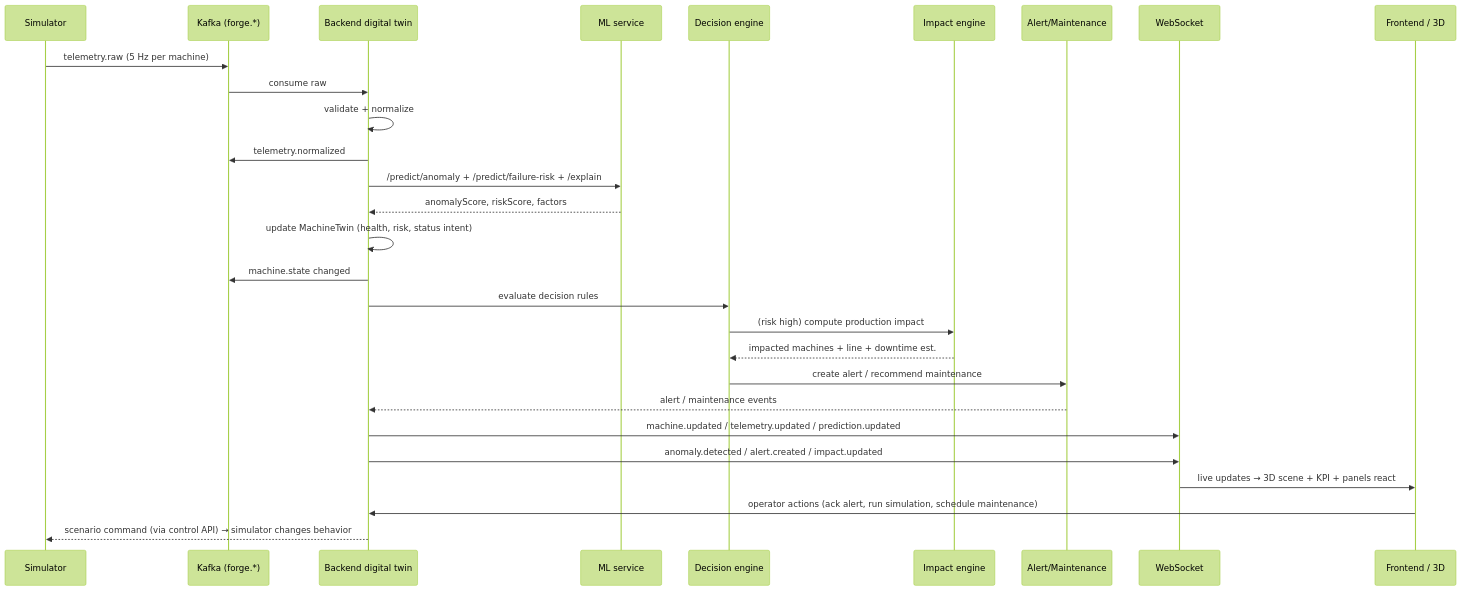
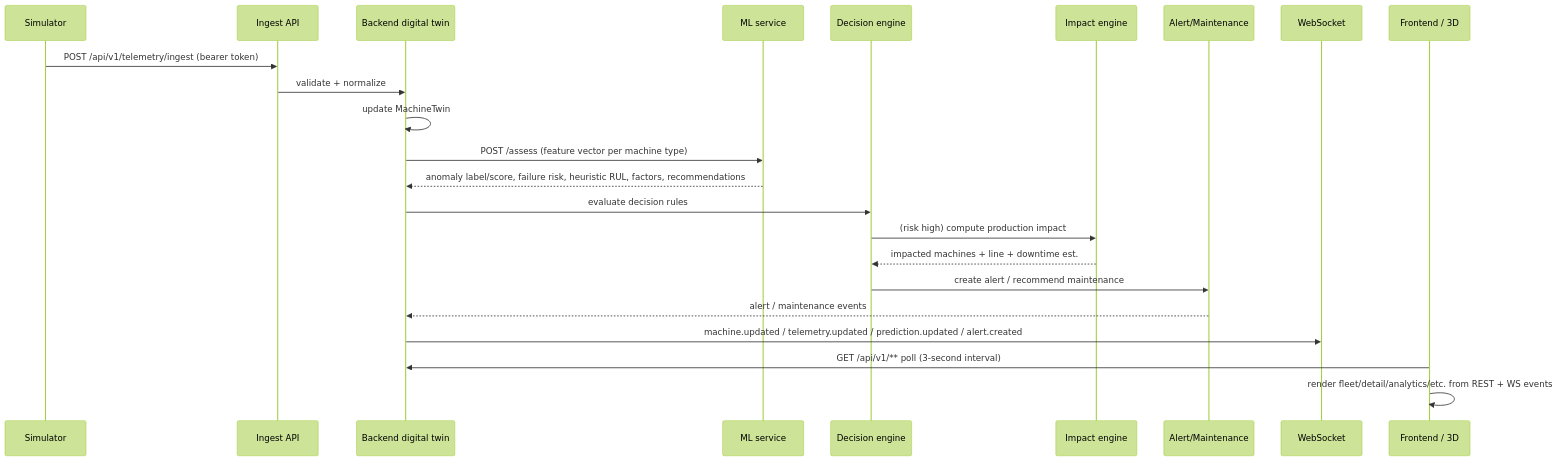
The diagram in docs/DATA_FLOW.md (karkalashivareddy/forgesense-industrial-intelligence), drawn with Mermaid (forest theme) before and after one commit. The commit also changed other lines of this file and 21 other files, not shown here.

````diff
--- a/docs/DATA_FLOW.md
+++ b/docs/DATA_FLOW.md
@@ -8,31 +8,26 @@
 ```mermaid
 sequenceDiagram
     participant S as Simulator
-    participant K as Kafka (forge.*)
+    participant I as Ingest API
     participant B as Backend digital twin
     participant M as ML service
     participant D as Decision engine
-    participant I as Impact engine
+    participant X as Impact engine
     participant A as Alert/Maintenance
     participant W as WebSocket
     participant F as Frontend / 3D
 
-    S->>K: telemetry.raw (5 Hz per machine)
-    K->>B: consume raw
-    B->>B: validate + normalize
-    B->>K: telemetry.normalized
-    B->>M: /predict/anomaly + /predict/failure-risk + /explain
-    M-->>B: anomalyScore, riskScore, factors
-    B->>B: update MachineTwin (health, risk, status intent)
-    B->>K: machine.state changed
+    S->>I: POST /api/v1/telemetry/ingest (bearer token)
+    I->>B: validate + normalize
+    B->>B: update MachineTwin
+    B->>M: POST /assess (feature vector per machine type)
+    M-->>B: anomaly label/score, failure risk, heuristic RUL, factors, recommendations
     B->>D: evaluate decision rules
-    D->>I: (risk high) compute production impact
-    I-->>D: impacted machines + line + downtime est.
+    D->>X: (risk high) compute production impact
+    X-->>D: impacted machines + line + downtime est.
     D->>A: create alert / recommend maintenance
     A-->>B: alert / maintenance events
-    B->>W: machine.updated / telemetry.updated / prediction.updated
-    B->>W: anomaly.detected / alert.created / impact.updated
-    W->>F: live updates → 3D scene + KPI + panels react
-    F->>B: operator actions (ack alert, run simulation, schedule maintenance)
-    B-->>S: scenario command (via control API) → simulator changes behavior
+    B->>W: machine.updated / telemetry.updated / prediction.updated / alert.created
+    F->>B: GET /api/v1/** poll (3-second interval)
+    F->>F: render fleet/detail/analytics/etc. from REST + WS events
 ```
````
